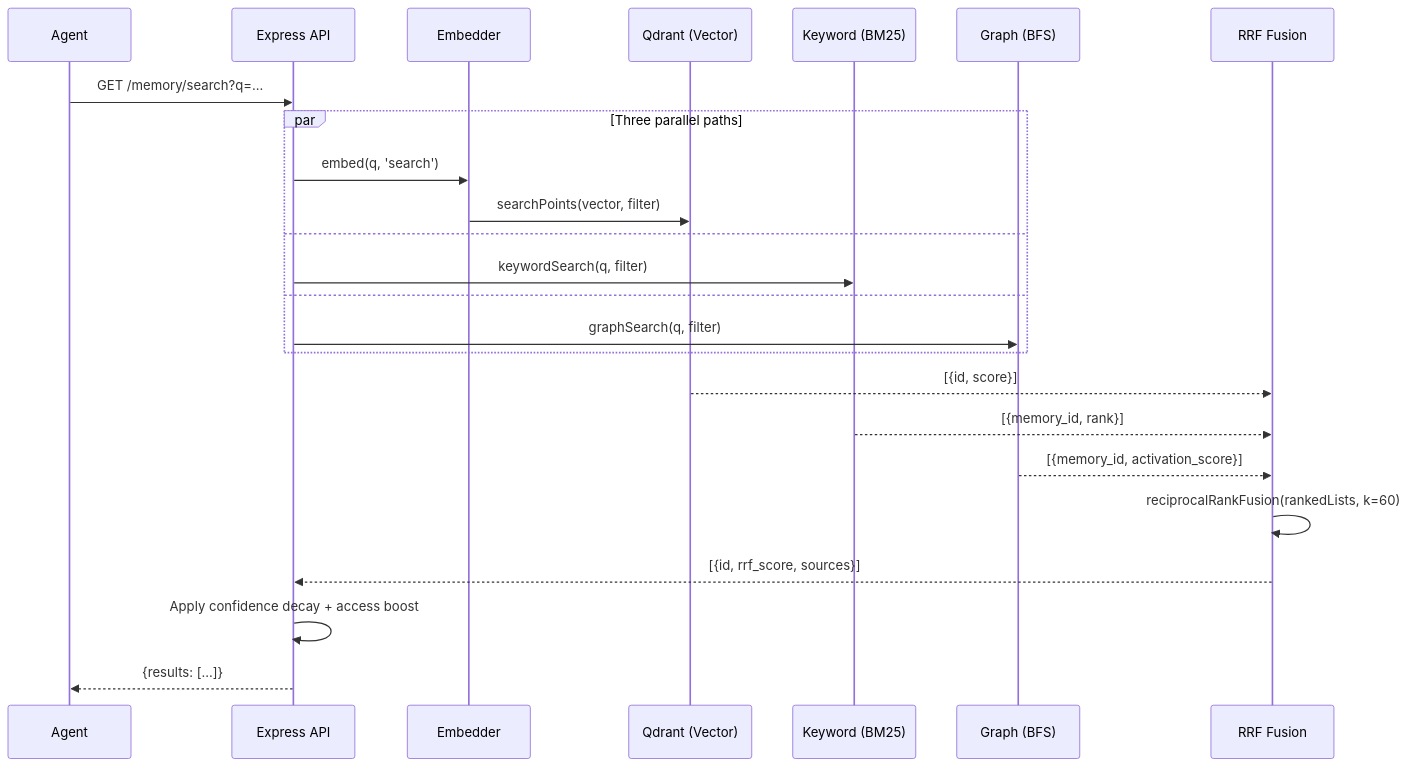
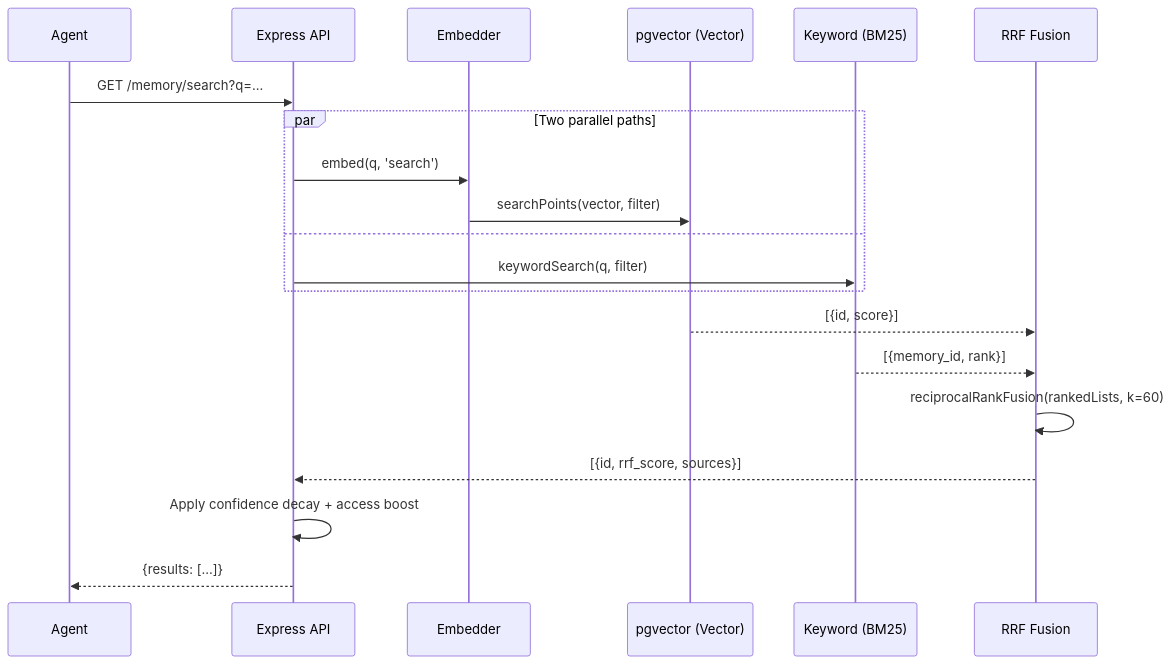
Before and after one commit to ZenSystemAI/Zengram: the third of 4 diagrams in docs/architecture.md, drawn with Mermaid. The commit also changed other lines of this file and 14 other files, not shown here.

````diff
--- a/docs/architecture.md
+++ b/docs/architecture.md
@@ -197,27 +176,23 @@
 ```mermaid
 sequenceDiagram
     participant A as Agent
     participant API as Express API
     participant E as Embedder
-    participant Q as Qdrant (Vector)
+    participant Q as pgvector (Vector)
     participant KW as Keyword (BM25)
-    participant GS as Graph (BFS)
     participant RRF as RRF Fusion
 
     A->>API: GET /memory/search?q=...
-    par Three parallel paths
+    par Two parallel paths
         API->>E: embed(q, 'search')
         E->>Q: searchPoints(vector, filter)
     and
         API->>KW: keywordSearch(q, filter)
-    and
-        API->>GS: graphSearch(q, filter)
     end
     Q-->>RRF: [{id, score}]
     KW-->>RRF: [{memory_id, rank}]
-    GS-->>RRF: [{memory_id, activation_score}]
     RRF->>RRF: reciprocalRankFusion(rankedLists, k=60)
     RRF-->>API: [{id, rrf_score, sources}]
     API->>API: Apply confidence decay + access boost
     API-->>A: {results: [...]}
 ```
````
